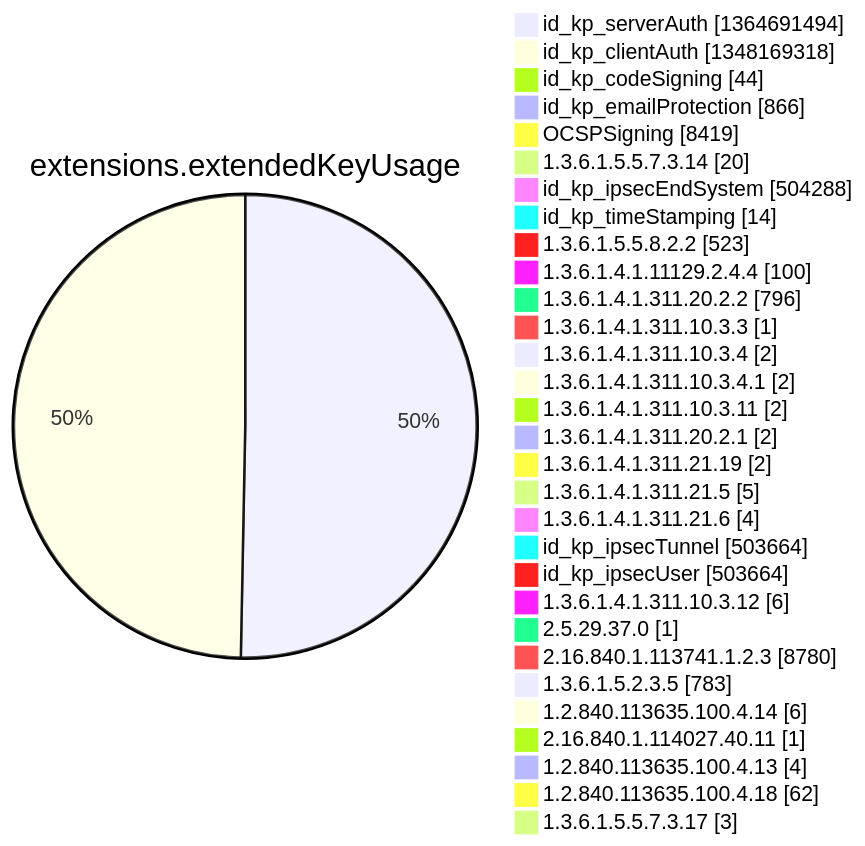
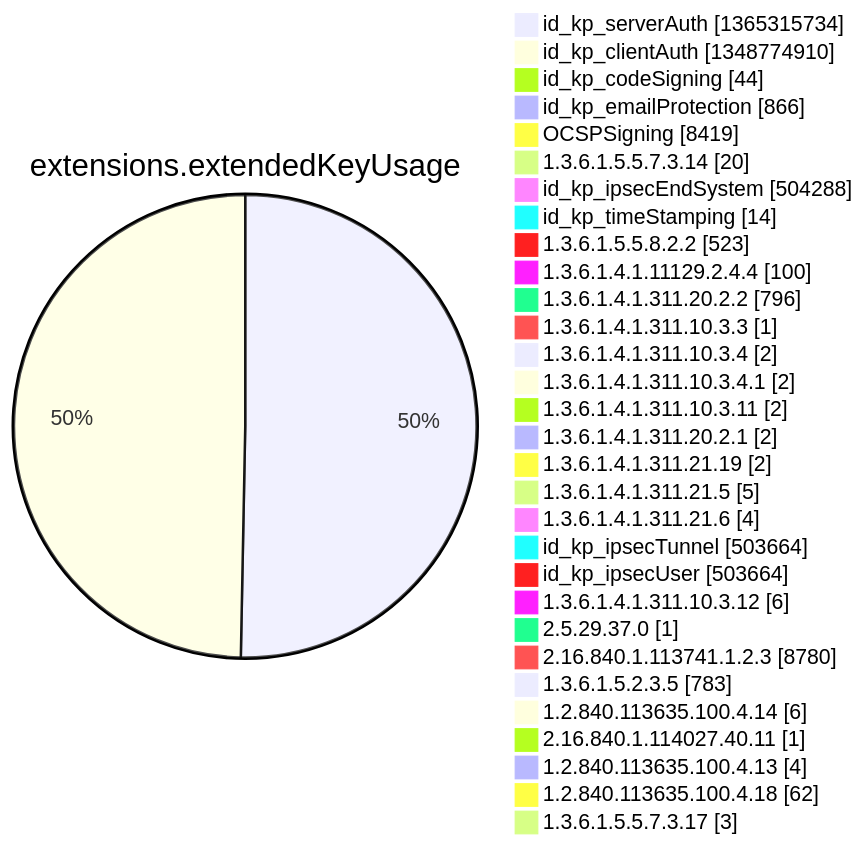
Before and after one commit to christiankrug/ctmonitor_visualization: diagram 12 of 15 in argon2022/README.md, drawn with Mermaid. The commit also changed other lines of this file, not shown here.

````diff
--- a/argon2022/README.md
+++ b/argon2022/README.md
@@ -3553,34 +3553,34 @@
 ```mermaid
 pie showData
 title extensions.extendedKeyUsage
-"id_kp_serverAuth" :1364691494
-"id_kp_clientAuth" :1348169318
+"id_kp_serverAuth" :1365315734
+"id_kp_clientAuth" :1348774910
 "id_kp_codeSigning" :44
 "id_kp_emailProtection" :866
 "OCSPSigning" :8419
 "1.3.6.1.5.5.7.3.14" :20
 "id_kp_ipsecEndSystem" :504288
 "id_kp_timeStamping" :14
 "1.3.6.1.5.5.8.2.2" :523
 "1.3.6.1.4.1.11129.2.4.4" :100
 "1.3.6.1.4.1.311.20.2.2" :796
 "1.3.6.1.4.1.311.10.3.3" :1
 "1.3.6.1.4.1.311.10.3.4" :2
 "1.3.6.1.4.1.311.10.3.4.1" :2
 "1.3.6.1.4.1.311.10.3.11" :2
 "1.3.6.1.4.1.311.20.2.1" :2
 "1.3.6.1.4.1.311.21.19" :2
 "1.3.6.1.4.1.311.21.5" :5
 "1.3.6.1.4.1.311.21.6" :4
 "id_kp_ipsecTunnel" :503664
 "id_kp_ipsecUser" :503664
 "1.3.6.1.4.1.311.10.3.12" :6
 "2.5.29.37.0" :1
 "2.16.840.1.113741.1.2.3" :8780
 "1.3.6.1.5.2.3.5" :783
 "1.2.840.113635.100.4.14" :6
 "2.16.840.1.114027.40.11" :1
 "1.2.840.113635.100.4.13" :4
 "1.2.840.113635.100.4.18" :62
 "1.3.6.1.5.5.7.3.17" :3
 ```
````
